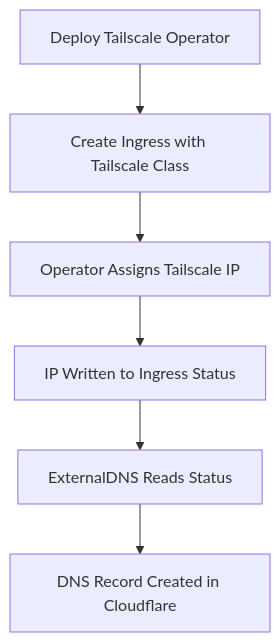
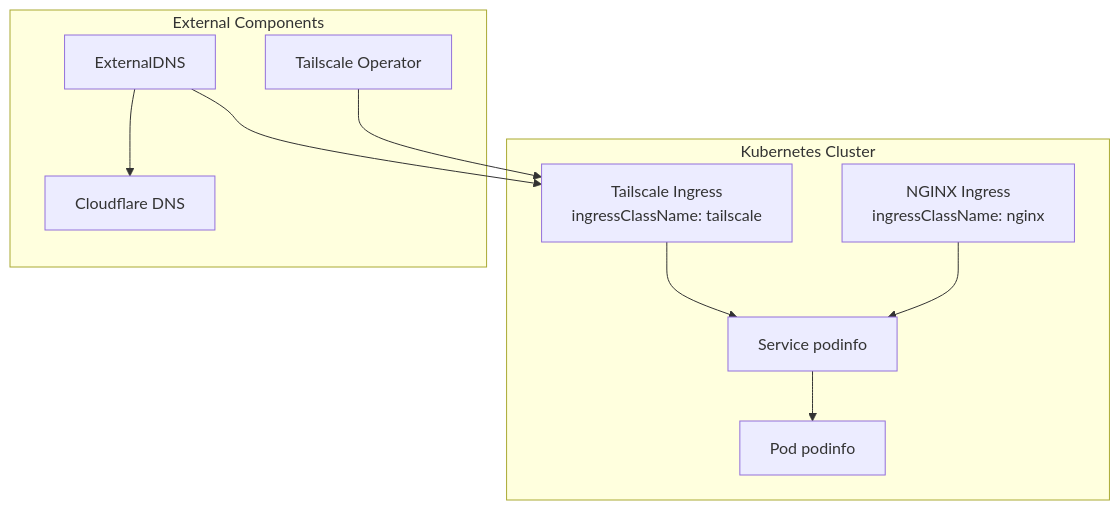
Before and after one commit to kpoxo6op/soyspray: the first of 2 diagrams in soydocs/tailscale-ip-automation.md, drawn with Mermaid. The commit also changed other lines of this file and 1 other file, not shown here.

````diff
--- a/soydocs/tailscale-ip-automation.md
+++ b/soydocs/tailscale-ip-automation.md
@@ -137,8 +173,14 @@
 ```mermaid
 graph TD
-    A[Deploy Tailscale Operator] --> B[Create Ingress with Tailscale Class]
-    B --> C[Operator Assigns Tailscale IP]
-    C --> D[IP Written to Ingress Status]
-    D --> E[ExternalDNS Reads Status]
-    E --> F[DNS Record Created in Cloudflare]
+    subgraph cluster[Kubernetes Cluster]
+        N[NGINX Ingress<br>ingressClassName: nginx] --> S[Service podinfo]
+        T[Tailscale Ingress<br>ingressClassName: tailscale] --> S
+        S --> P[Pod podinfo]
+    end
+
+    subgraph external[External Components]
+        O[Tailscale Operator] --> T
+        E[ExternalDNS] --> T
+        E --> C[Cloudflare DNS]
+    end
 ```
````
